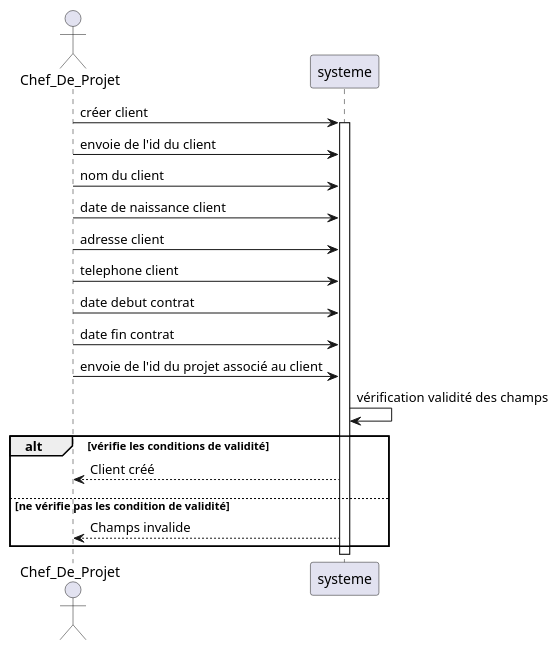
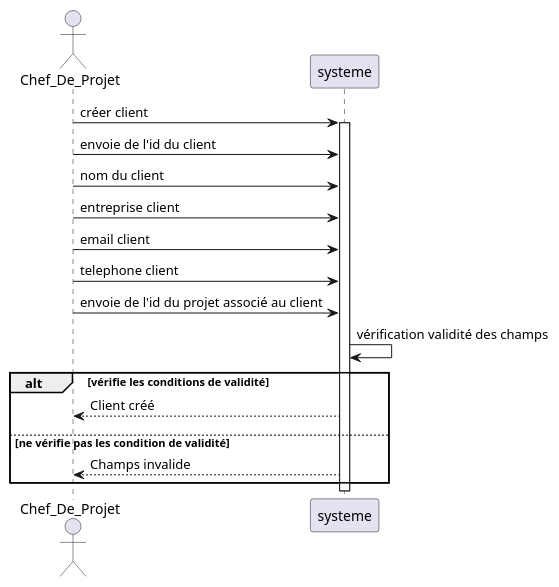
The diagram in doc/Diagrammes_sequence-v1/UC_creer_client.plantuml (Xuxin2333/ptut-v1), drawn with PlantUML before and after one commit. The commit also changed 5 other files, not shown here.

Commit message:
Ajout images diagrammes + modif UC_creer_client

```diff
--- a/doc/Diagrammes_sequence-v1/UC_creer_client.plantuml
+++ b/doc/Diagrammes_sequence-v1/UC_creer_client.plantuml
@@ -1,28 +1,26 @@
 @startuml
 ' diagramme de séquences systeme pour use case "créer client"
 
 actor Chef_De_Projet
 
 Chef_De_Projet -> systeme : créer client
 
 activate systeme
 
 Chef_De_Projet -> systeme : envoie de l'id du client
 Chef_De_Projet -> systeme : nom du client
-Chef_De_Projet -> systeme : date de naissance client
-Chef_De_Projet -> systeme : adresse client
+Chef_De_Projet -> systeme : entreprise client
+Chef_De_Projet -> systeme : email client
 Chef_De_Projet -> systeme : telephone client
-Chef_De_Projet -> systeme : date debut contrat
-Chef_De_Projet -> systeme : date fin contrat
 Chef_De_Projet -> systeme : envoie de l'id du projet associé au client 
 
 systeme -> systeme : vérification validité des champs
 
 alt vérifie les conditions de validité
 systeme --> Chef_De_Projet : Client créé
 ||10||
 else ne vérifie pas les condition de validité 
 systeme --> Chef_De_Projet : Champs invalide
 end
 
 @enduml
```
